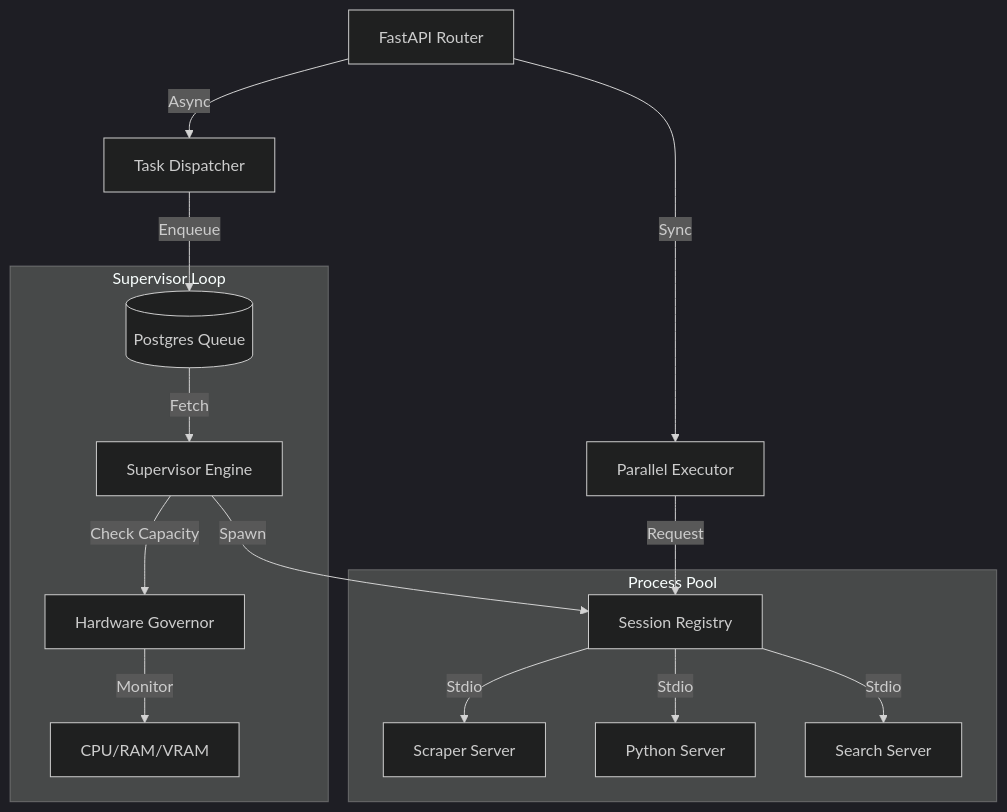
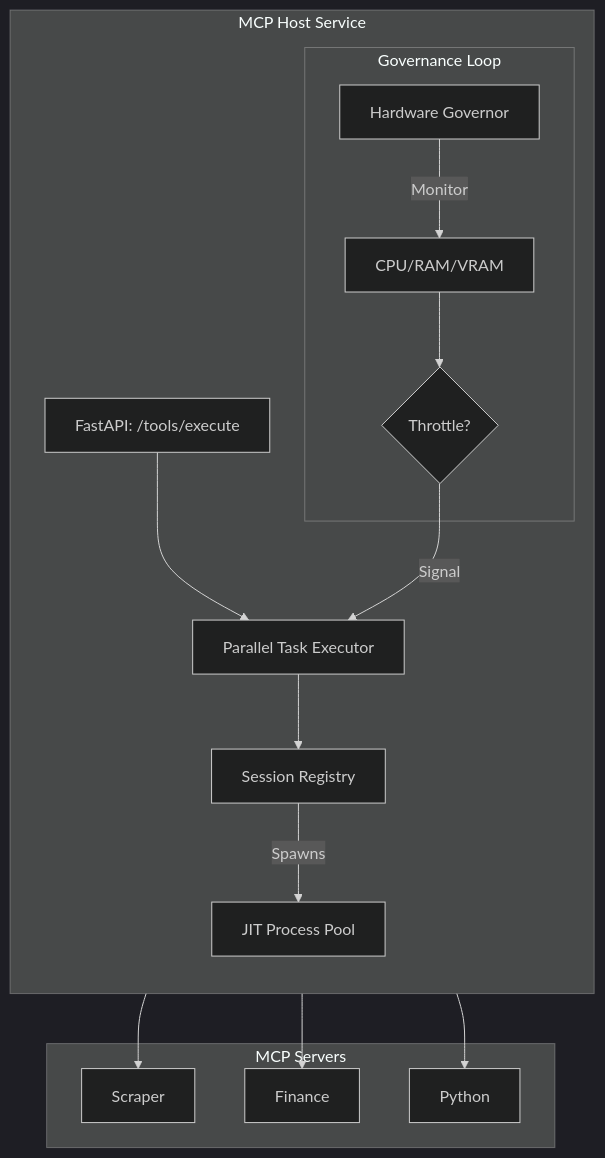
Before and after one commit to azzindani/Kea: the diagram in services/mcp_host/README.md, drawn with Mermaid (dark theme). The commit also changed other lines of this file and 22 other files, not shown here.

Commit message:
feat: Establish initial project architecture and comprehensive module documentation across kernel and services.

````diff
--- a/services/mcp_host/README.md
+++ b/services/mcp_host/README.md
@@ -23,22 +9,22 @@
 ```mermaid
 graph TD
-    Router[FastAPI Router] -->|Sync| Executor[Parallel Executor]
-    Router -->|Async| Dispatcher[Task Dispatcher]
-    
-    Dispatcher -->|Enqueue| DB[(Postgres Queue)]
-    
-    subgraph "Supervisor Loop"
-        Governor[Hardware Governor] -->|Monitor| Stats[CPU/RAM/VRAM]
-        DB -->|Fetch| Supervisor[Supervisor Engine]
-        Supervisor -->|Check Capacity| Governor
+    subgraph Host [MCP Host Service]
+        direction TB
+        API[FastAPI: /tools/execute] --> Executor[Parallel Task Executor]
+        Executor --> Registry[Session Registry]
+        
+        subgraph Governance [Governance Loop]
+            Governor[Hardware Governor] -->|Monitor| Stats[CPU/RAM/VRAM]
+            Stats --> Throttler{Throttle?}
+        end
+        
+        Registry -->|Spawns| WorkerPool[JIT Process Pool]
+        Throttler -->|Signal| Executor
     end
-    
-    Supervisor -->|Spawn| Registry[Session Registry]
-    Executor -->|Request| Registry
-    
-    subgraph "Process Pool"
-        Registry -->|Stdio| S1[Scraper Server]
-        Registry -->|Stdio| S2[Python Server]
-        Registry -->|Stdio| S3[Search Server]
+
+    subgraph Tools [MCP Servers]
+        WorkerPool --> S1[Scraper]
+        WorkerPool --> S2[Finance]
+        WorkerPool --> S3[Python]
     end
 ```
````
